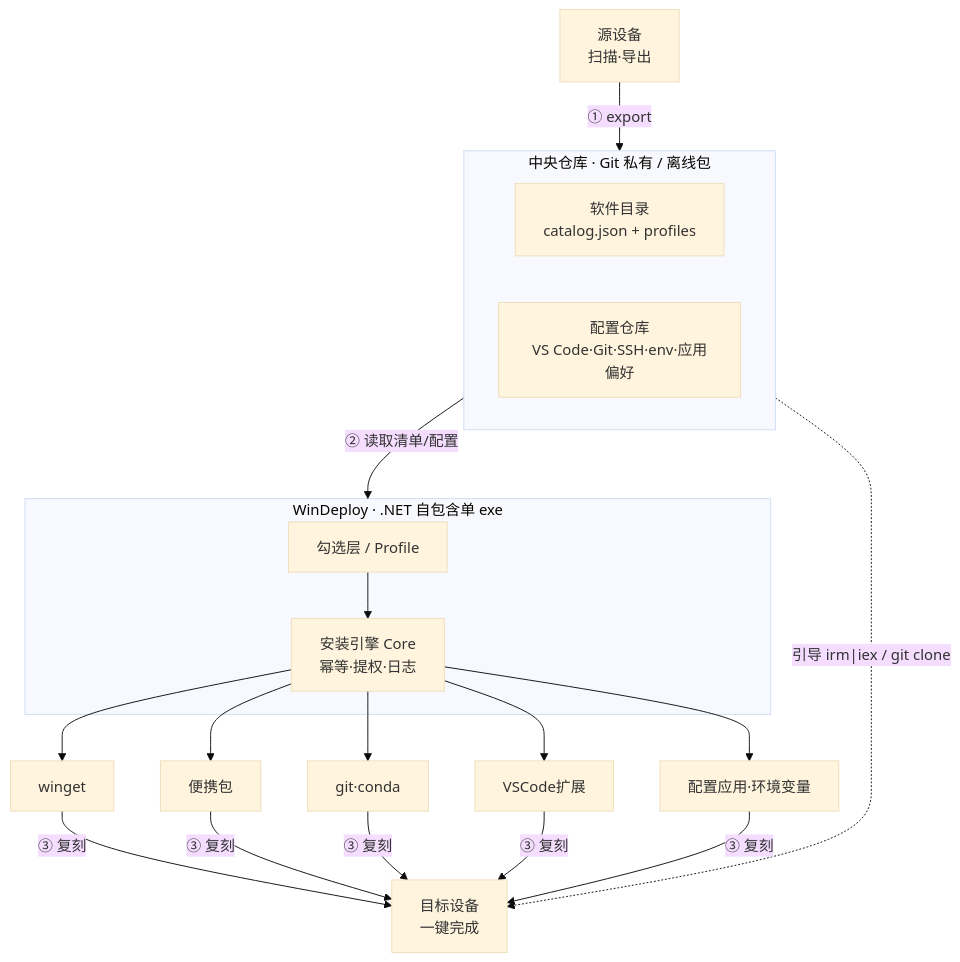
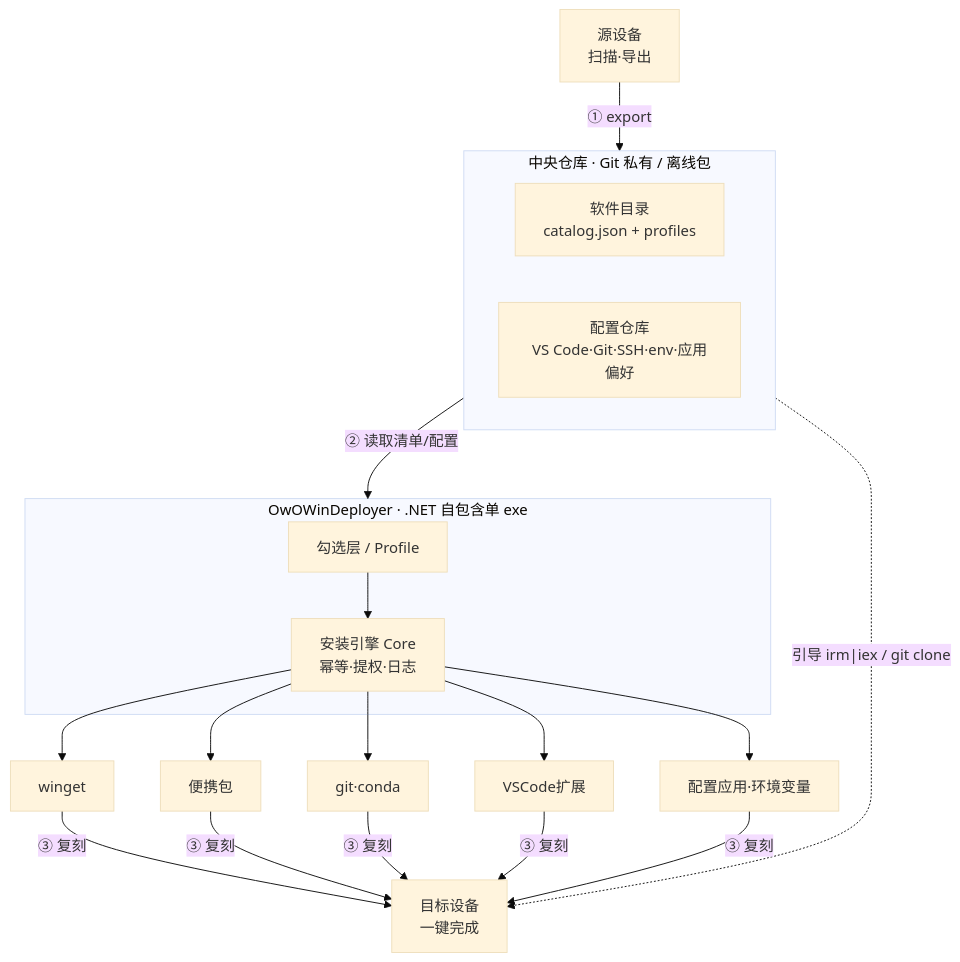
Before and after one commit to Tommy131/OwO-WinDeployer: the diagram in docs/DESIGN.md, drawn with Mermaid (base theme). The commit also changed other lines of this file and 613 other files, not shown here.

First line of the commit message:
refactor(brand): rename code root WinDeploy -> OwOWinDeployer

````diff
--- a/docs/DESIGN.md
+++ b/docs/DESIGN.md
@@ -79,22 +79,22 @@
 ```mermaid
 flowchart TD
   SRC[源设备<br/>扫描·导出] -->|① export| REPO
 
   subgraph REPO[中央仓库 · Git 私有 / 离线包]
     CAT[软件目录<br/>catalog.json + profiles]
     CFG[配置仓库<br/>VS Code·Git·SSH·env·应用偏好]
   end
 
   REPO -->|② 读取清单/配置| APP
 
-  subgraph APP[WinDeploy · .NET 自包含单 exe]
+  subgraph APP[OwOWinDeployer · .NET 自包含单 exe]
     SEL[勾选层 / Profile]
     ENG[安装引擎 Core<br/>幂等·提权·日志]
     SEL --> ENG
   end
 
   ENG --> M1[winget] & M2[便携包] & M3[git·conda] & M4[VSCode扩展] & M5[配置应用·环境变量]
   M1 & M2 & M3 & M4 & M5 -->|③ 复刻| TGT[目标设备<br/>一键完成]
 
   REPO -. 引导 irm|iex / git clone .-> TGT
 ```
````
